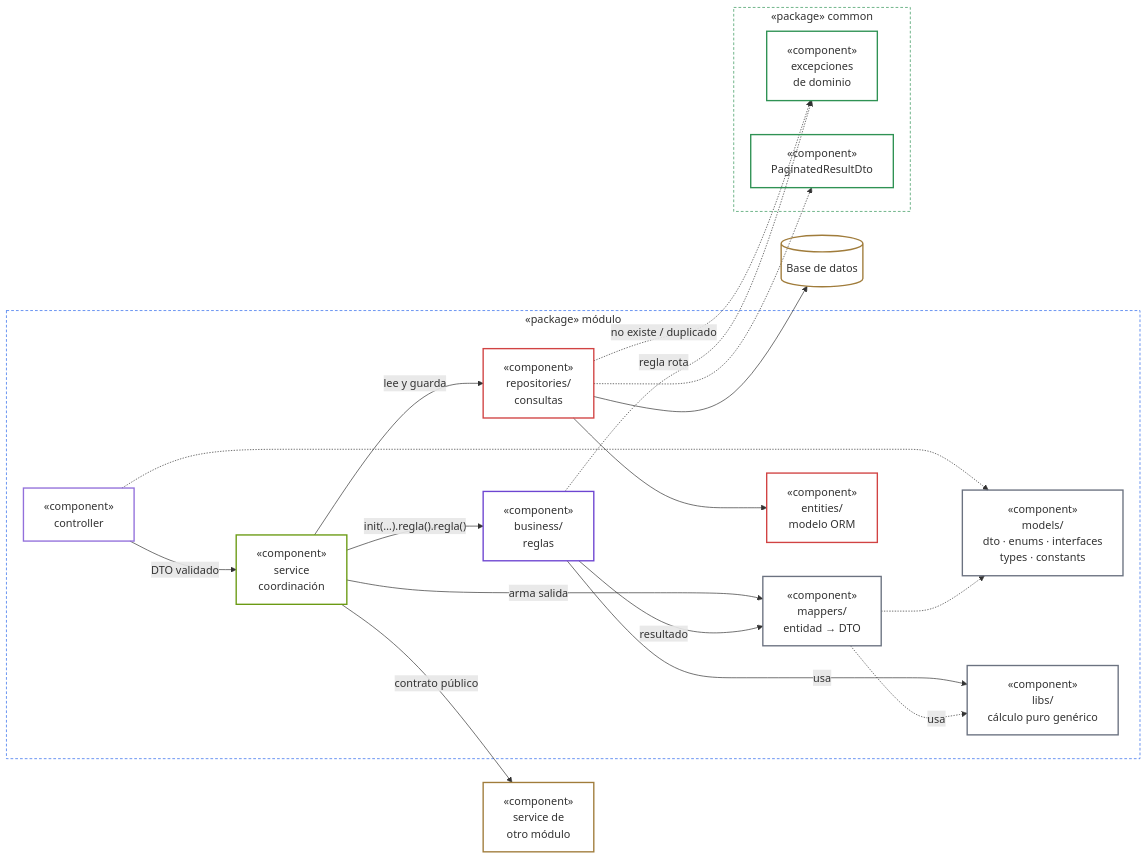
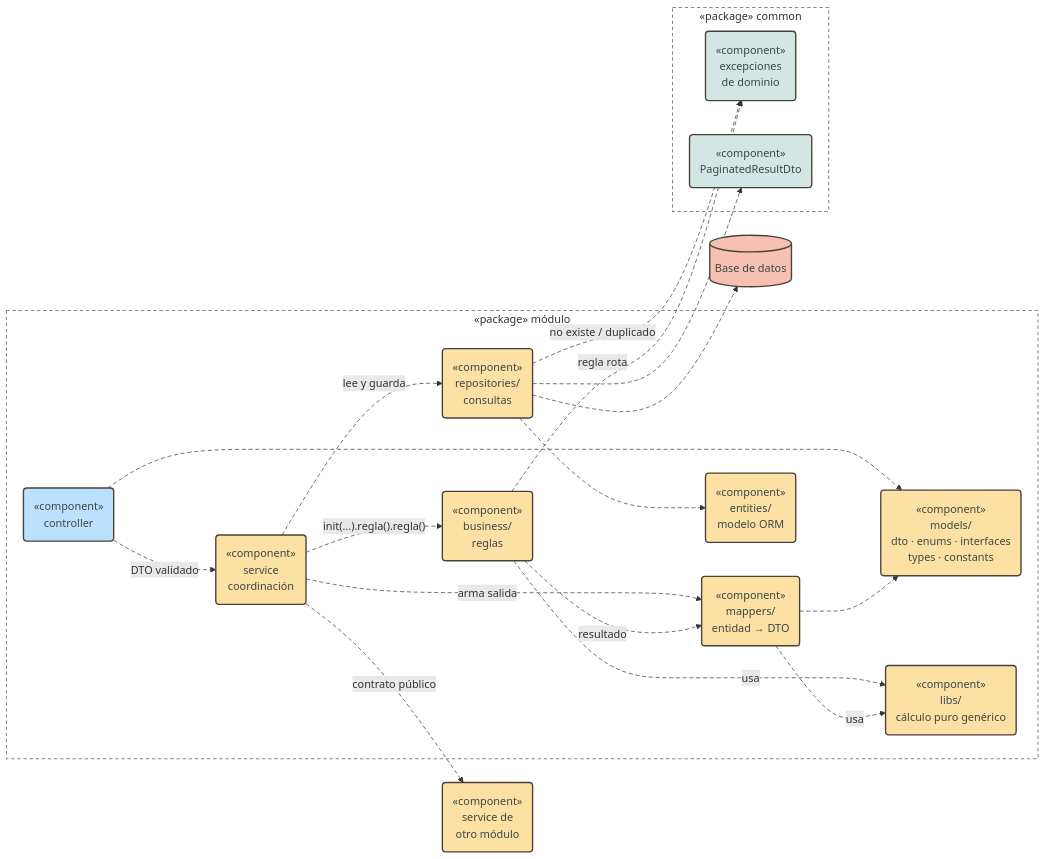
The third of 15 diagrams in docs/architecture/modular-microservice.md (pcarroza91/nest-template), drawn with Mermaid before and after one commit. The commit also changed other lines of this file and 2 other files, not shown here.

First line of the commit message:
docs(architecture): aplica el estilo pastel por rol a los diagramas Mermaid

````diff
--- a/docs/architecture/modular-microservice.md
+++ b/docs/architecture/modular-microservice.md
@@ -334,55 +332,47 @@
 ```mermaid
 flowchart LR
     subgraph MOD["«package» módulo"]
-        CTRL["«component»<br/>controller"]
-        DTO["«component»<br/>models/<br/>dto · enums · interfaces<br/>types · constants"]
-        SVC["«component»<br/>service<br/>coordinación"]
-        BIZ["«component»<br/>business/<br/>reglas"]
-        LIB["«component»<br/>libs/<br/>cálculo puro genérico"]
-        REPO["«component»<br/>repositories/<br/>consultas"]
-        MAP["«component»<br/>mappers/<br/>entidad → DTO"]
-        ENT["«component»<br/>entities/<br/>modelo ORM"]
+        CTRL("«component»<br/>controller")
+        DTO("«component»<br/>models/<br/>dto · enums · interfaces<br/>types · constants")
+        SVC("«component»<br/>service<br/>coordinación")
+        BIZ("«component»<br/>business/<br/>reglas")
+        LIB("«component»<br/>libs/<br/>cálculo puro genérico")
+        REPO("«component»<br/>repositories/<br/>consultas")
+        MAP("«component»<br/>mappers/<br/>entidad → DTO")
+        ENT("«component»<br/>entities/<br/>modelo ORM")
     end
     subgraph COMMON["«package» common"]
-        EXC["«component»<br/>excepciones<br/>de dominio"]
-        PAG["«component»<br/>PaginatedResultDto"]
+        EXC("«component»<br/>excepciones<br/>de dominio")
+        PAG("«component»<br/>PaginatedResultDto")
     end
-    OTHER["«component»<br/>service de<br/>otro módulo"]
+    OTHER("«component»<br/>service de<br/>otro módulo")
     DB[("Base de datos")]
 
     CTRL -- "DTO validado" --> SVC
     CTRL -.-> DTO
     SVC -- "lee y guarda" --> REPO
     SVC -- "init(…).regla().regla()" --> BIZ
     SVC -- "arma salida" --> MAP
     SVC -- "contrato público" --> OTHER
     BIZ -- "resultado" --> MAP
     BIZ -- "usa" --> LIB
     MAP -. "usa" .-> LIB
     REPO --> ENT
     REPO --> DB
     REPO -. "no existe / duplicado" .-> EXC
     BIZ -. "regla rota" .-> EXC
     REPO -.-> PAG
     MAP -.-> DTO
 
-    classDef pkgFeature fill:transparent,stroke:#2563eb,stroke-dasharray:4 3
-    classDef root fill:transparent,stroke-width:2px
-    classDef comp fill:transparent,stroke:#c79a00,stroke-width:2px
-    classDef service fill:transparent,stroke:#6a9a12,stroke-width:2px
-    classDef store fill:transparent,stroke:#6d45d1,stroke-width:2px
-    classDef core fill:transparent,stroke:#d14343,stroke-width:2px
-    classDef pure fill:transparent,stroke:#6b7280,stroke-width:2px
-    classDef pkgShared fill:transparent,stroke:#2f9254,stroke-dasharray:4 3
-    classDef shared fill:transparent,stroke:#2f9254,stroke-width:2px
-    classDef ext fill:transparent,stroke:#a07c3b,stroke-width:2px
-    class MOD pkgFeature
-    class CTRL root
-    class DTO,MAP,LIB pure
-    class SVC service
-    class BIZ store
-    class REPO,ENT core
-    class COMMON pkgShared
+    classDef entry fill:#bce1ff,stroke:#494238,stroke-width:2px,color:#3c4747
+    classDef domain fill:#fde0a3,stroke:#494238,stroke-width:2px,color:#3c4747
+    classDef shared fill:#d2e7e4,stroke:#494238,stroke-width:2px,color:#3c4747
+    classDef ext fill:#f6c1b2,stroke:#494238,stroke-width:2px,color:#3c4747
+    classDef pkg fill:transparent,stroke:#8a857d,stroke-width:1.5px,stroke-dasharray:5 4
+    class CTRL entry
+    class DTO,SVC,BIZ,LIB,REPO,MAP,ENT,OTHER domain
     class EXC,PAG shared
-    class OTHER,DB ext
+    class DB ext
+    class MOD,COMMON pkg
+    linkStyle default stroke-dasharray:6 4
 ```
````
